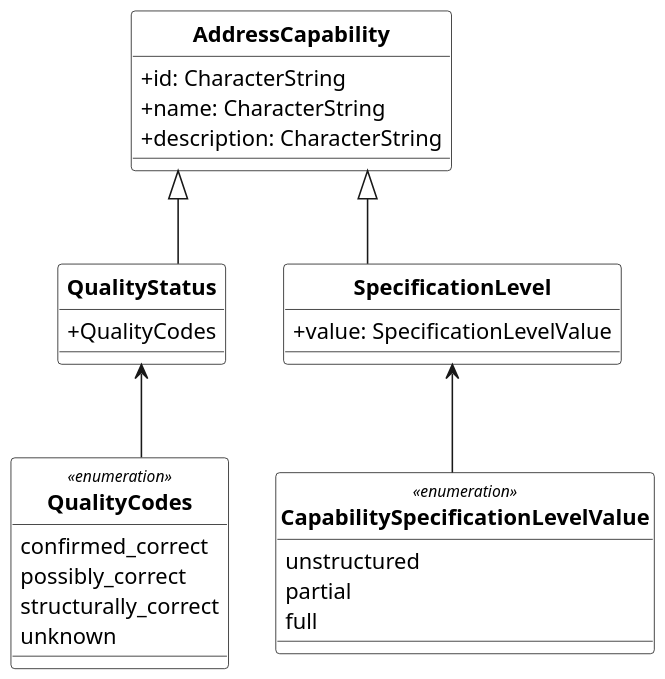
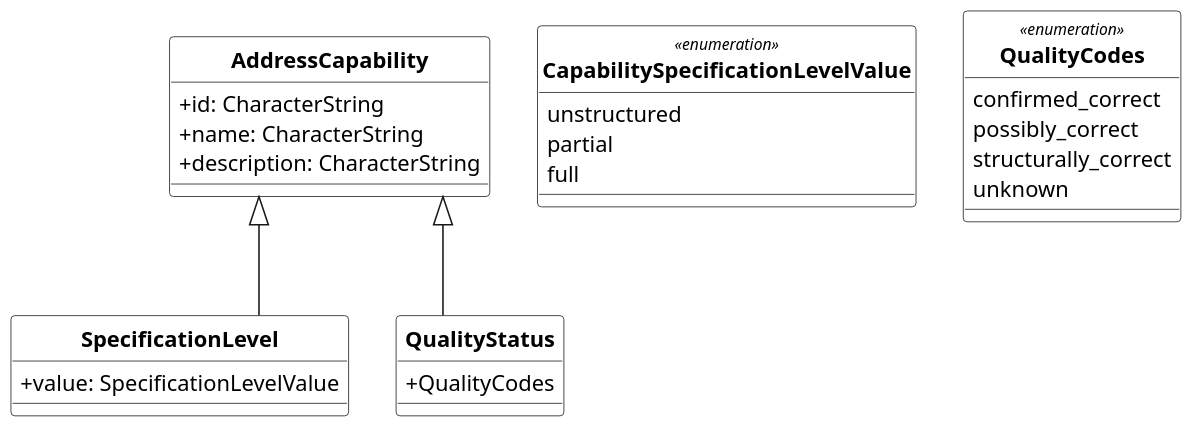
One commit to CalConnect/csd-digital-addresses changed the diagram in models/AddressCapability.wsd. Above: the diagram before and after it, drawn with PlantUML. The commit also changed 6 other files, not shown here.

```diff
--- a/models/AddressCapability.wsd
+++ b/models/AddressCapability.wsd
@@ -1,88 +1,86 @@
 @startuml AddressCapability
 /'
 Diagram:        AddressCapability
 DateCreate:     03/05/2019
 Description:
 
 Hystory of changes:
 > DD/MM/YYYY
     -
     -
 '/
 
 '******* CONFIGURATION ************************************************
 skinparam classAttributeIconSize 0
 skinparam Dpi 150
 skinparam Monochrome true
 skinparam LineType ortho
 skinparam nodesep 30
 skinparam ranksep 60
 hide circle
 /' skinparam CircledCharacterRadius 0 '/
 /' skinparam CircledCharacterFontSize 0 '/
 skinparam Default {
 TextAlignment center
 FontName Helvetica
 }
 skinparam Class {
 AttributeIconSize 0
 BackgroundColor White
 FontStyle bold
 StereotypeFontSize 10
 }
 skinparam Rectangle {
 BackgroundColor White
 FontStyle bold
 FontSize 11
 StereotypeFontSize 10
 }
 skinparam Object {
 BackgroundColor White
 FontStyle bold
 FontSize 11
 StereotypeFontSize 10
 }
 
 skinparam Entity {
 StereotypeFontSize 10
 }
 
 '******* CLASS DEFINITION *********************************************
 class AddressCapability {
     +id: CharacterString
     +name: CharacterString
     +description: CharacterString
 }
 
 class SpecificationLevel{
     +value: SpecificationLevelValue
 }
 
 enum CapabilitySpecificationLevelValue <<enumeration>> {
     unstructured
     partial
     full
 }
 
 class QualityStatus{
     +QualityCodes
 }
 
 enum QualityCodes <<enumeration>>{
     confirmed_correct
     possibly_correct
     structurally_correct
     unknown
 }
 
 
 '******* NOTES ********************************************************
 
 
 '******* CLASS RELATIONS **********************************************
 SpecificationLevel -up-|> AddressCapability
 QualityStatus -up-|> AddressCapability
-CapabilitySpecificationLevelValue -up-> SpecificationLevel
-QualityCodes -up-> QualityStatus
 
 @enduml
```
